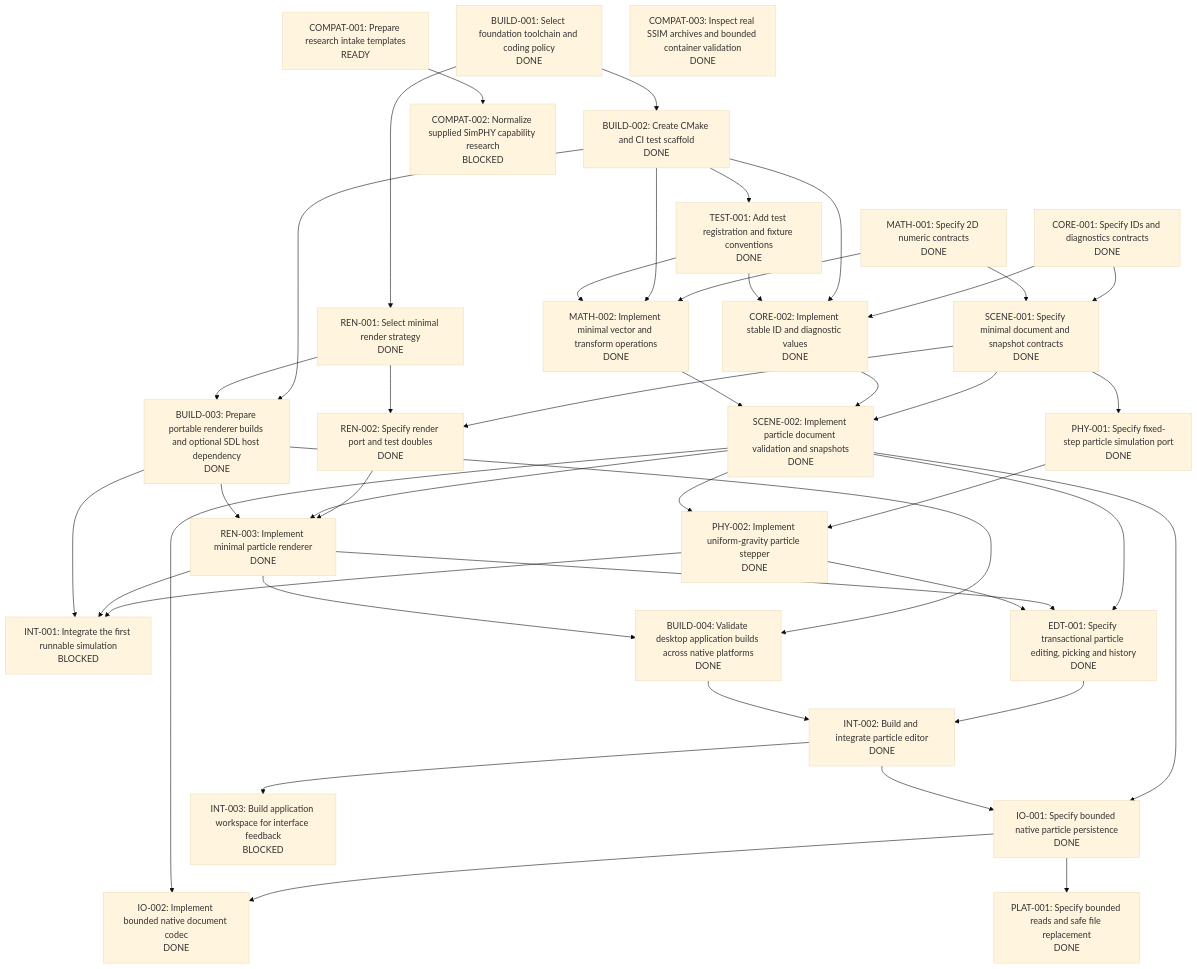
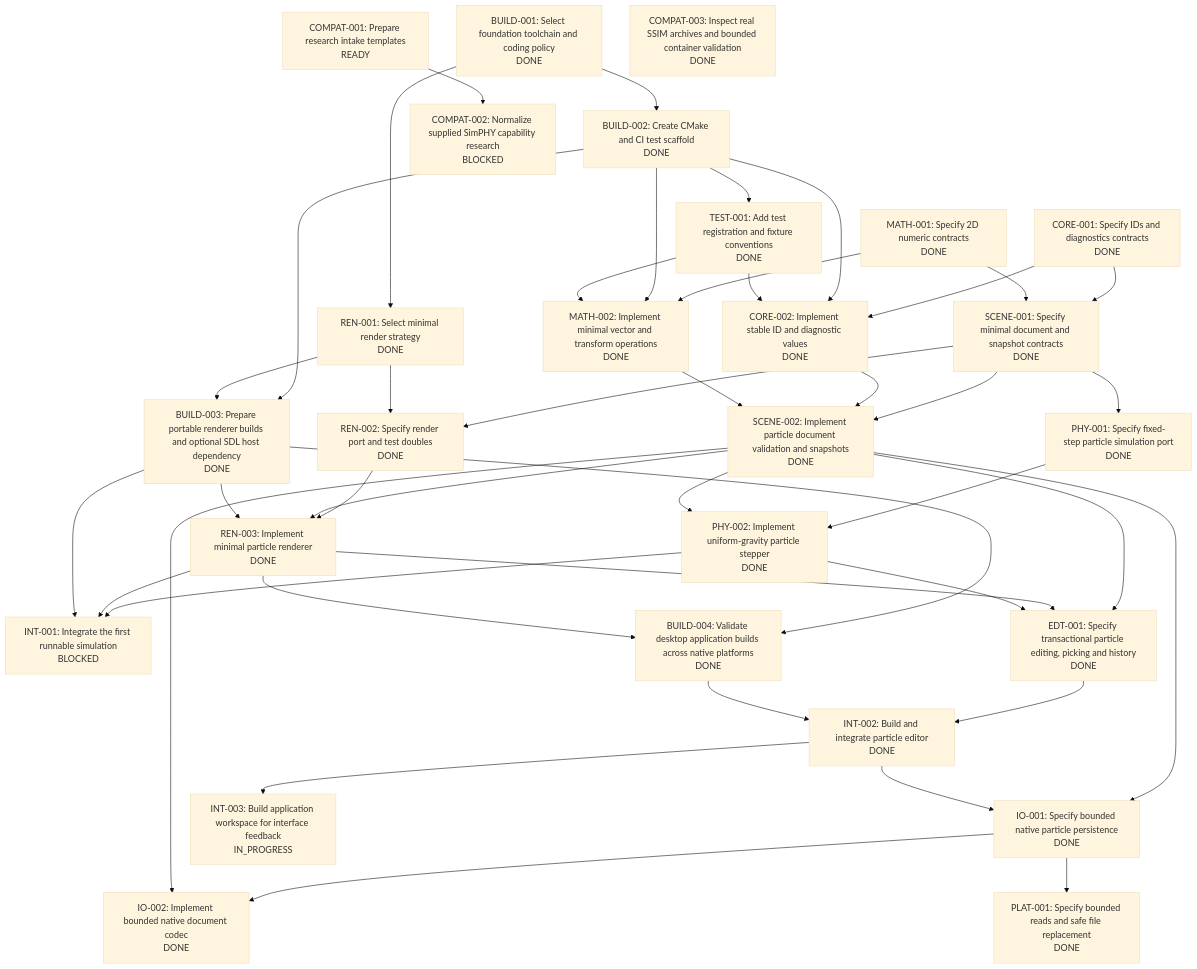
The diagram in tasks/graph.md (JnJarvis/open-simphy), drawn with Mermaid (base theme) before and after one commit. The commit also changed other lines of this file and 3 other files, not shown here.

````diff
--- a/tasks/graph.md
+++ b/tasks/graph.md
@@ -10,70 +10,70 @@
 ```mermaid
 flowchart TD
   BUILD_001["BUILD-001: Select foundation toolchain and coding policy<br/>DONE"]
   CORE_001["CORE-001: Specify IDs and diagnostics contracts<br/>DONE"]
   MATH_001["MATH-001: Specify 2D numeric contracts<br/>DONE"]
   REN_001["REN-001: Select minimal render strategy<br/>DONE"]
   COMPAT_001["COMPAT-001: Prepare research intake templates<br/>READY"]
   BUILD_002["BUILD-002: Create CMake and CI test scaffold<br/>DONE"]
   TEST_001["TEST-001: Add test registration and fixture conventions<br/>DONE"]
   CORE_002["CORE-002: Implement stable ID and diagnostic values<br/>DONE"]
   MATH_002["MATH-002: Implement minimal vector and transform operations<br/>DONE"]
   SCENE_001["SCENE-001: Specify minimal document and snapshot contracts<br/>DONE"]
   PHY_001["PHY-001: Specify fixed-step particle simulation port<br/>DONE"]
   REN_002["REN-002: Specify render port and test doubles<br/>DONE"]
   SCENE_002["SCENE-002: Implement particle document validation and snapshots<br/>DONE"]
   PHY_002["PHY-002: Implement uniform-gravity particle stepper<br/>DONE"]
   REN_003["REN-003: Implement minimal particle renderer<br/>DONE"]
   INT_001["INT-001: Integrate the first runnable simulation<br/>BLOCKED"]
   COMPAT_002["COMPAT-002: Normalize supplied SimPHY capability research<br/>BLOCKED"]
   BUILD_003["BUILD-003: Prepare portable renderer builds and optional SDL host dependency<br/>DONE"]
   BUILD_004["BUILD-004: Validate desktop application builds across native platforms<br/>DONE"]
   EDT_001["EDT-001: Specify transactional particle editing, picking and history<br/>DONE"]
   INT_002["INT-002: Build and integrate particle editor<br/>DONE"]
   IO_001["IO-001: Specify bounded native particle persistence<br/>DONE"]
   IO_002["IO-002: Implement bounded native document codec<br/>DONE"]
   PLAT_001["PLAT-001: Specify bounded reads and safe file replacement<br/>DONE"]
   COMPAT_003["COMPAT-003: Inspect real SSIM archives and bounded container validation<br/>DONE"]
-  INT_003["INT-003: Build application workspace for interface feedback<br/>BLOCKED"]
+  INT_003["INT-003: Build application workspace for interface feedback<br/>IN_PROGRESS"]
   BUILD_001 --> REN_001
   BUILD_001 --> BUILD_002
   BUILD_002 --> TEST_001
   CORE_001 --> CORE_002
   BUILD_002 --> CORE_002
   TEST_001 --> CORE_002
   MATH_001 --> MATH_002
   BUILD_002 --> MATH_002
   TEST_001 --> MATH_002
   CORE_001 --> SCENE_001
   MATH_001 --> SCENE_001
   SCENE_001 --> PHY_001
   SCENE_001 --> REN_002
   REN_001 --> REN_002
   SCENE_001 --> SCENE_002
   CORE_002 --> SCENE_002
   MATH_002 --> SCENE_002
   PHY_001 --> PHY_002
   SCENE_002 --> PHY_002
   REN_002 --> REN_003
   SCENE_002 --> REN_003
   BUILD_003 --> REN_003
   PHY_002 --> INT_001
   REN_003 --> INT_001
   BUILD_003 --> INT_001
   COMPAT_001 --> COMPAT_002
   BUILD_002 --> BUILD_003
   REN_001 --> BUILD_003
   BUILD_003 --> BUILD_004
   REN_003 --> BUILD_004
   SCENE_002 --> EDT_001
   REN_003 --> EDT_001
   PHY_002 --> EDT_001
   EDT_001 --> INT_002
   BUILD_004 --> INT_002
   SCENE_002 --> IO_001
   INT_002 --> IO_001
   IO_001 --> IO_002
   SCENE_002 --> IO_002
   IO_001 --> PLAT_001
   INT_002 --> INT_003
 ```
````
